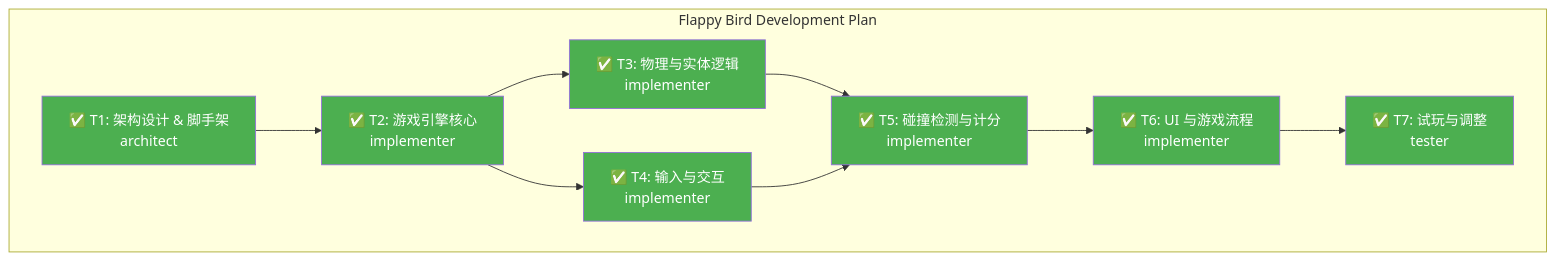
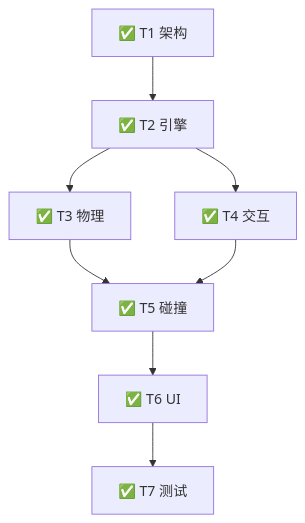
The diagram in DASHBOARD.md (fql9/multiagent-autodev-workflow), drawn with Mermaid before and after one commit. The commit also changed other lines of this file and 12 other files, not shown here.

Commit message:
refactor: upgrade dashboard schema to v2 and update docs

````diff
--- a/DASHBOARD.md
+++ b/DASHBOARD.md
@@ -35,20 +155,10 @@
 ```mermaid
 graph TD
-    subgraph "Flappy Bird Development Plan"
-        T1[✅ T1: 架构设计 & 脚手架<br/>architect] --> T2[✅ T2: 游戏引擎核心<br/>implementer]
-        T2 --> T3[✅ T3: 物理与实体逻辑<br/>implementer]
-        T2 --> T4[✅ T4: 输入与交互<br/>implementer]
-        T3 --> T5[✅ T5: 碰撞检测与计分<br/>implementer]
-        T4 --> T5
-        T5 --> T6[✅ T6: UI 与游戏流程<br/>implementer]
-        T6 --> T7[✅ T7: 试玩与调整<br/>tester]
-    end
-    
-    style T1 fill:#4CAF50,color:#fff
-    style T2 fill:#4CAF50,color:#fff
-    style T3 fill:#4CAF50,color:#fff
-    style T4 fill:#4CAF50,color:#fff
-    style T5 fill:#4CAF50,color:#fff
-    style T6 fill:#4CAF50,color:#fff
-    style T7 fill:#4CAF50,color:#fff
+  T1[✅ T1 架构] --> T2[✅ T2 引擎]
+  T2 --> T3[✅ T3 物理]
+  T2 --> T4[✅ T4 交互]
+  T3 --> T5[✅ T5 碰撞]
+  T4 --> T5
+  T5 --> T6[✅ T6 UI]
+  T6 --> T7[✅ T7 测试]
 ```
````
